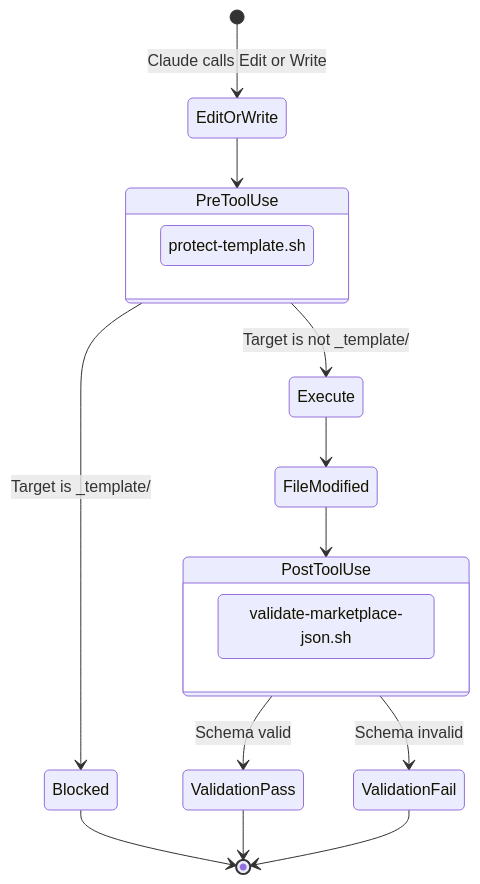
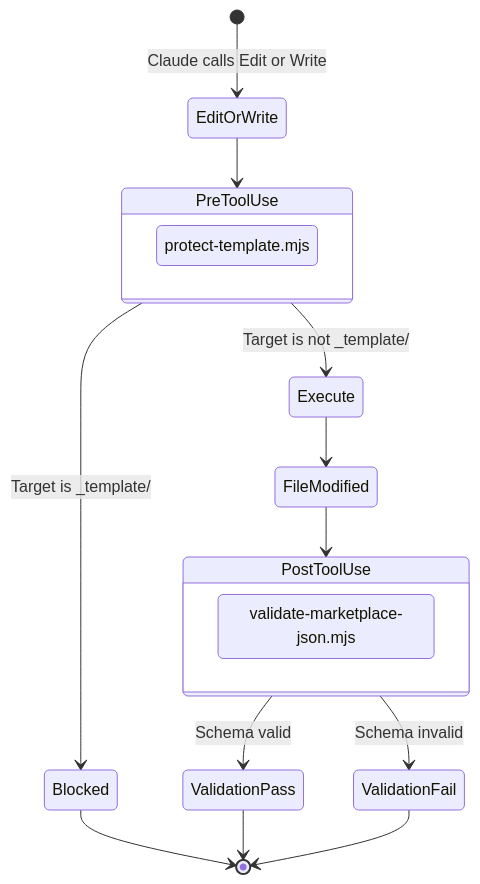
The fifth of 5 diagrams in docs/diagrams/repo-architecture.md (odeciojunior/claude-play), drawn with Mermaid before and after one commit. The commit also changed 11 other files, not shown here.

````diff
--- a/docs/diagrams/repo-architecture.md
+++ b/docs/diagrams/repo-architecture.md
@@ -193,31 +193,31 @@
 ```mermaid
 ---
 config:
   theme: default
 ---
 stateDiagram-v2
   accTitle: Hook Execution Flow
   accDescr: Shows how PreToolUse and PostToolUse hooks fire during file editing
 
   [*] --> EditOrWrite: Claude calls Edit or Write
 
   state PreToolUse {
-    check_template: protect-template.sh
+    check_template: protect-template.mjs
   }
 
   EditOrWrite --> PreToolUse
   PreToolUse --> Blocked: Target is _template/
   PreToolUse --> Execute: Target is not _template/
   Blocked --> [*]
 
   state PostToolUse {
-    validate: validate-marketplace-json.sh
+    validate: validate-marketplace-json.mjs
   }
 
   Execute --> FileModified
   FileModified --> PostToolUse
   PostToolUse --> ValidationPass: Schema valid
   PostToolUse --> ValidationFail: Schema invalid
   ValidationPass --> [*]
   ValidationFail --> [*]
 ```
````
